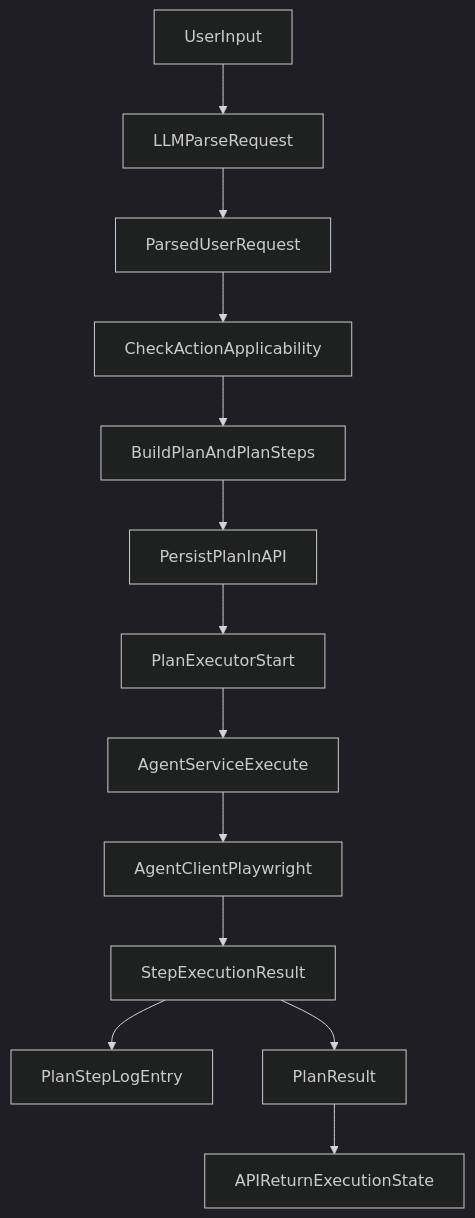
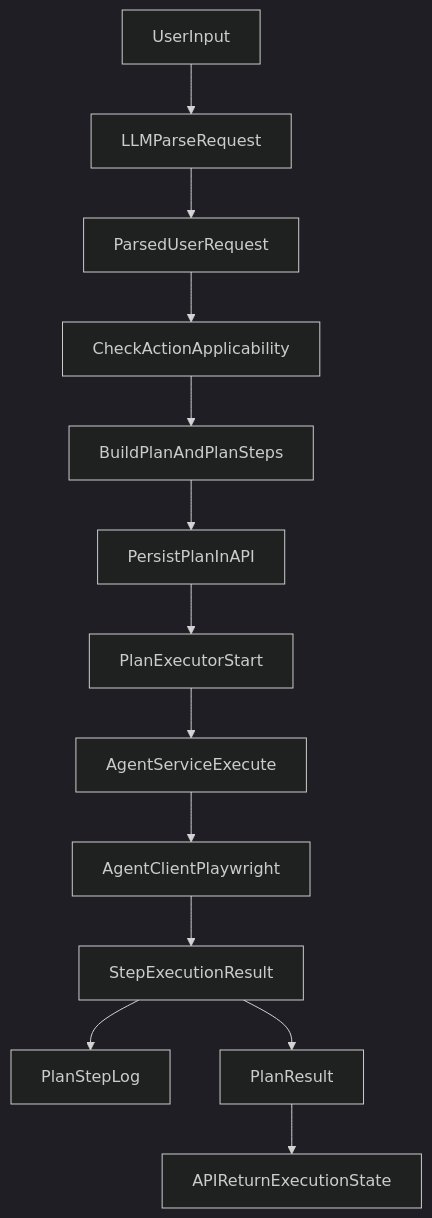
One commit to Zaborstik/automation-platform changed the first of 2 diagrams in docs/LOGIC-WORKFLOW-DETAILED.md. Above: the diagram before and after it, drawn with Mermaid (dark theme). The commit also changed other lines of this file and 18 other files, not shown here.

````diff
--- a/docs/LOGIC-WORKFLOW-DETAILED.md
+++ b/docs/LOGIC-WORKFLOW-DETAILED.md
@@ -36,15 +36,15 @@
 ```mermaid
 flowchart TD
     userInput[UserInput] --> llmParse[LLMParseRequest]
     llmParse --> parsedRequest[ParsedUserRequest]
     parsedRequest --> applicabilityCheck[CheckActionApplicability]
     applicabilityCheck --> planBuild[BuildPlanAndPlanSteps]
     planBuild --> apiPersist[PersistPlanInAPI]
     apiPersist --> execStart[PlanExecutorStart]
     execStart --> agentService[AgentServiceExecute]
     agentService --> agentClient[AgentClientPlaywright]
     agentClient --> stepResult[StepExecutionResult]
-    stepResult --> stepLog[PlanStepLogEntry]
+    stepResult --> stepLog[PlanStepLog]
     stepResult --> planResult[PlanResult]
     planResult --> apiResponse[APIReturnExecutionState]
 ```
````
